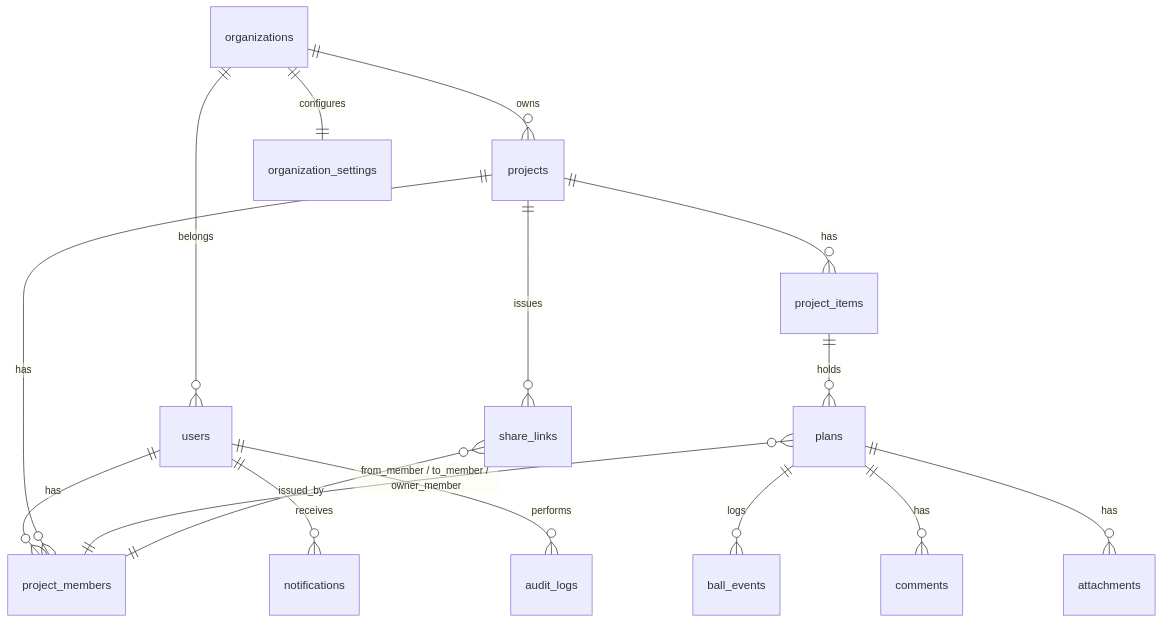
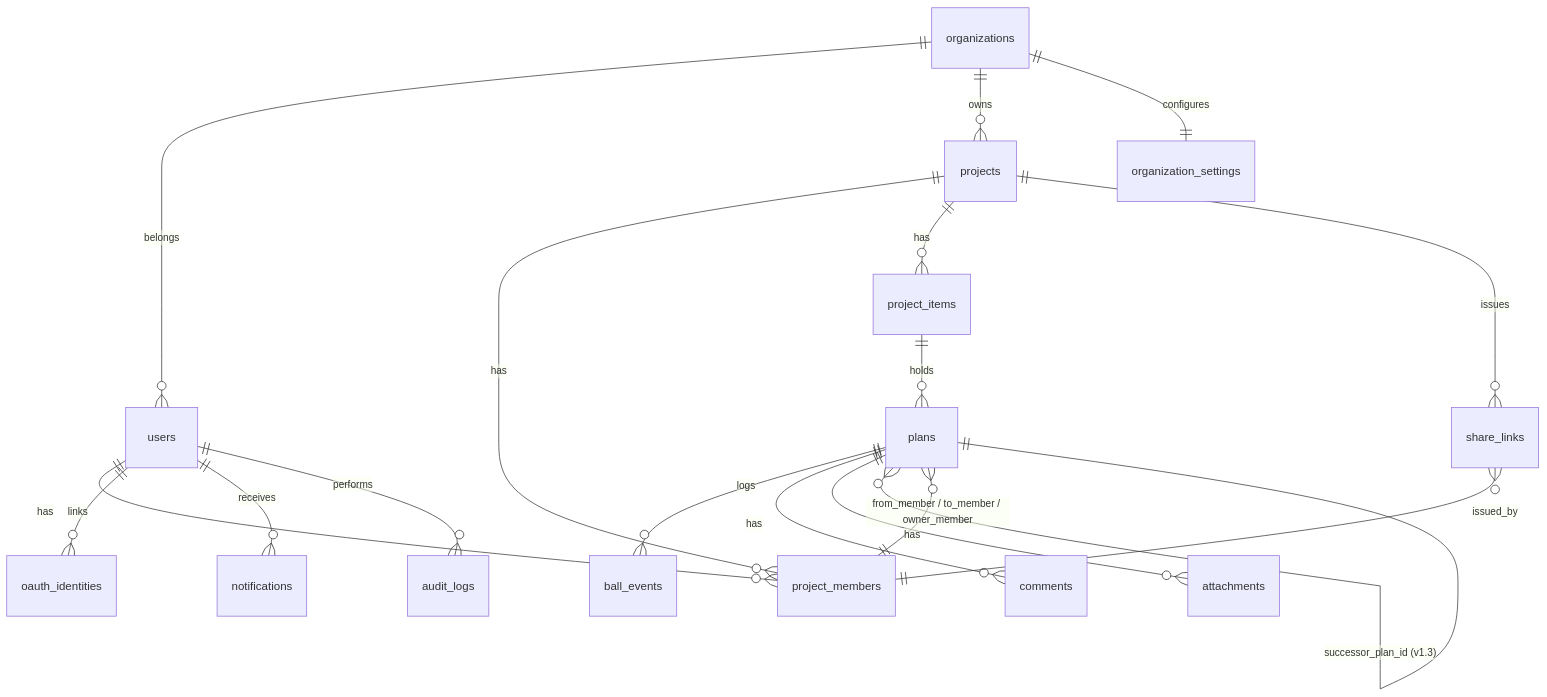
Diagram 14 of 18 in docs/prd/trakon-prd.md (OSA-OSAMARU/trakon-app), drawn with Mermaid before and after one commit. The commit also changed other lines of this file and 6 other files, not shown here.

````diff
--- a/docs/prd/trakon-prd.md
+++ b/docs/prd/trakon-prd.md
@@ -1215,18 +1390,20 @@
 ```mermaid
 erDiagram
     users ||--o{ project_members : "has"
+    users ||--o{ oauth_identities : "links"
     organizations ||--o{ users : "belongs"
     organizations ||--o{ projects : "owns"
     organizations ||--|| organization_settings : "configures"
     projects ||--o{ project_members : "has"
     projects ||--o{ project_items : "has"
     projects ||--o{ share_links : "issues"
     project_items ||--o{ plans : "holds"
     plans ||--o{ ball_events : "logs"
     plans ||--o{ comments : "has"
     plans ||--o{ attachments : "has"
+    plans }o--|| plans : "successor_plan_id (v1.3)"
     users ||--o{ notifications : "receives"
     users ||--o{ audit_logs : "performs"
     plans }o--|| project_members : "from_member / to_member / owner_member"
     share_links }o--|| project_members : "issued_by"
 ```
````
